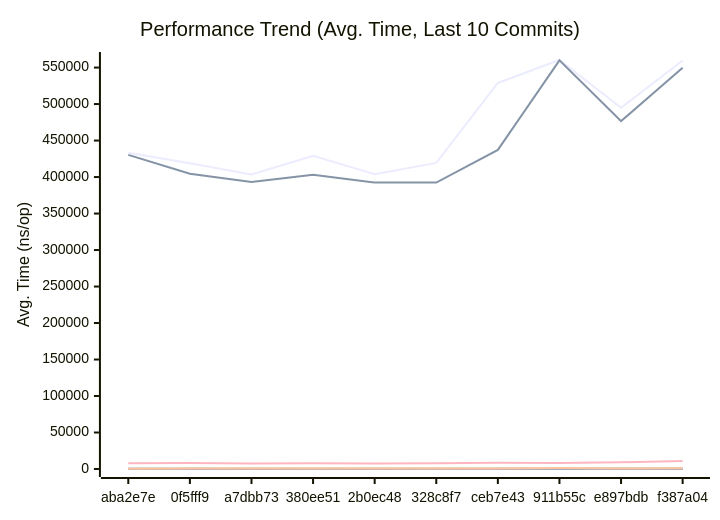
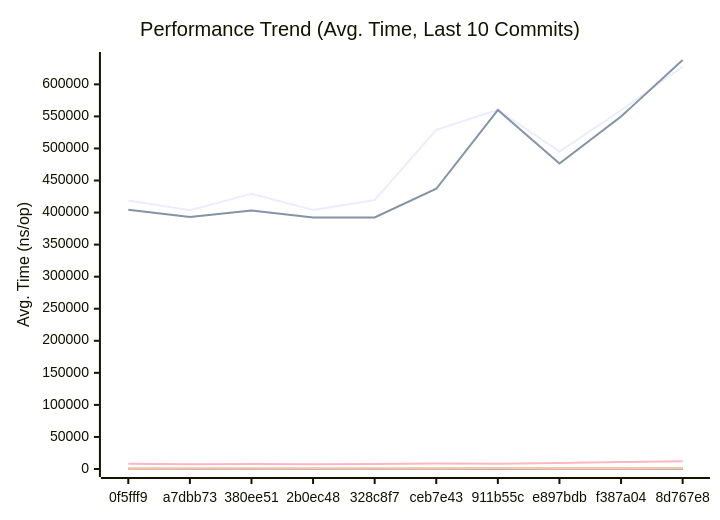
Before and after one commit to alsotoes/momo: the first of 3 diagrams in docs/PERFORMANCE.md, drawn with Mermaid. The commit also changed other lines of this file and 2 other files, not shown here.

````diff
--- a/docs/PERFORMANCE.md
+++ b/docs/PERFORMANCE.md
@@ -145,20 +145,20 @@
 ```mermaid
 xychart-beta
     title "Performance Trend (Avg. Time, Last 10 Commits)"
     x-axis "Commit"
     y-axis "Avg. Time (ns/op)"
-    x-axis [aba2e7e,0f5fff9,a7dbb73,380ee51,2b0ec48,328c8f7,ceb7e43,911b55c,e897bdb,f387a04]
-    line "AWSChunkedReaderSigned" [433346,418811,403588,429229,403967,419399,528932,560369,495010,559620]
-    line "AWSChunkedReaderUnsigned" [430389,404420,393243,403247,392414,392490,437150,559938,476646,549790]
-    line "CheckMetricsAndSwap" [8,8,7,9,7,7,9,12,10,10]
-    line "CrushOptimized" [303,301,284,301,316,290,369,320,353,417]
-    line "CrushOriginal" [411,382,396,423,386,392,431,406,535,558]
+    x-axis [0f5fff9,a7dbb73,380ee51,2b0ec48,328c8f7,ceb7e43,911b55c,e897bdb,f387a04,8d767e8]
+    line "AWSChunkedReaderSigned" [418811,403588,429229,403967,419399,528932,560369,495010,559620,627798]
+    line "AWSChunkedReaderUnsigned" [404420,393243,403247,392414,392490,437150,559938,476646,549790,637979]
+    line "CheckMetricsAndSwap" [8,7,9,7,7,9,12,10,10,10]
+    line "CrushOptimized" [301,284,301,316,290,369,320,353,417,536]
+    line "CrushOriginal" [382,396,423,386,392,431,406,535,558,630]
     line "IndexDirectTracking" [0,0,0,0,0,0,0,0,0,0]
-    line "IndexSearch" [2,2,3,3,3,3,3,3,3,3]
-    line "LoadGlobalConfig" [8040,8190,7563,7976,7514,7727,8630,8163,9243,10867]
-    line "PadString" [40,53,37,39,38,39,42,39,46,56]
+    line "IndexSearch" [2,3,3,3,3,3,3,3,3,3]
+    line "LoadGlobalConfig" [8190,7563,7976,7514,7727,8630,8163,9243,10867,11980]
+    line "PadString" [53,37,39,38,39,42,39,46,56,63]
     line "ParseReplicationOrder_NoPrealloc" [350,349,357,354,345,225,229,165,232,234]
     line "ParseReplicationOrder_Prealloc" [229,231,237,234,229,108,107,80,110,109]
-    line "SanitizeLog/Safe" [416,418,222,229,221,212,221,218,262,255]
-    line "SanitizeLog/Unsafe" [511,532,643,668,634,643,707,1259,759,960]
+    line "SanitizeLog/Safe" [418,222,229,221,212,221,218,262,255,336]
+    line "SanitizeLog/Unsafe" [532,643,668,634,643,707,1259,759,960,1005]
 ```
````
